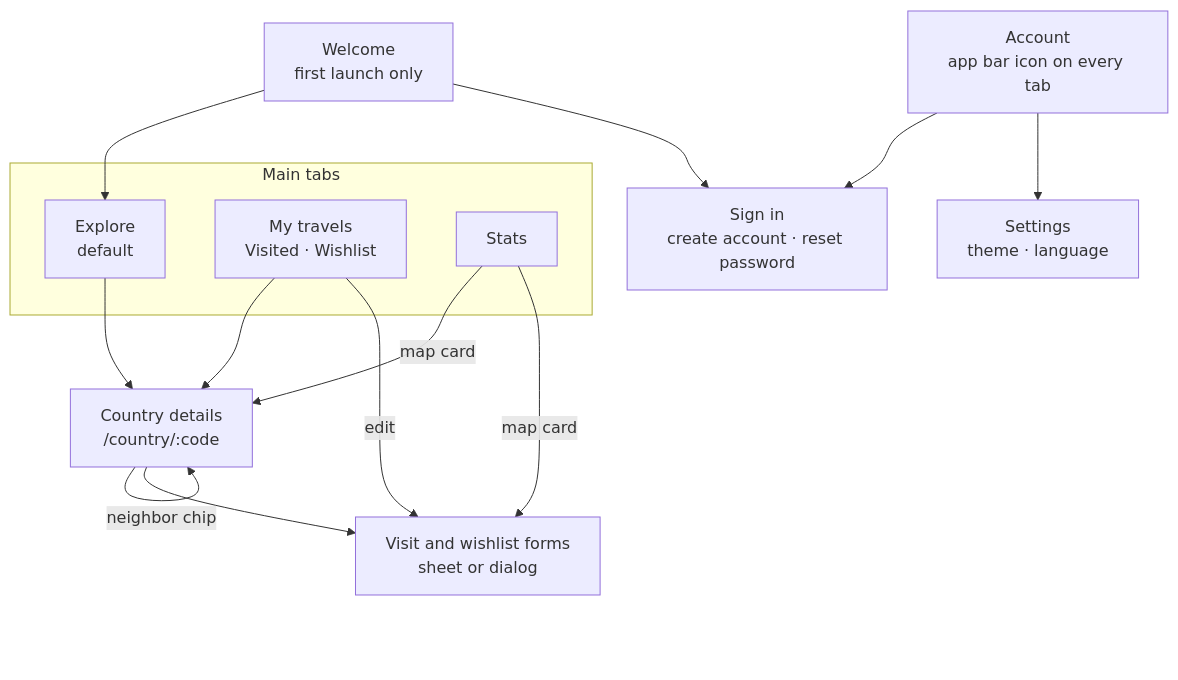
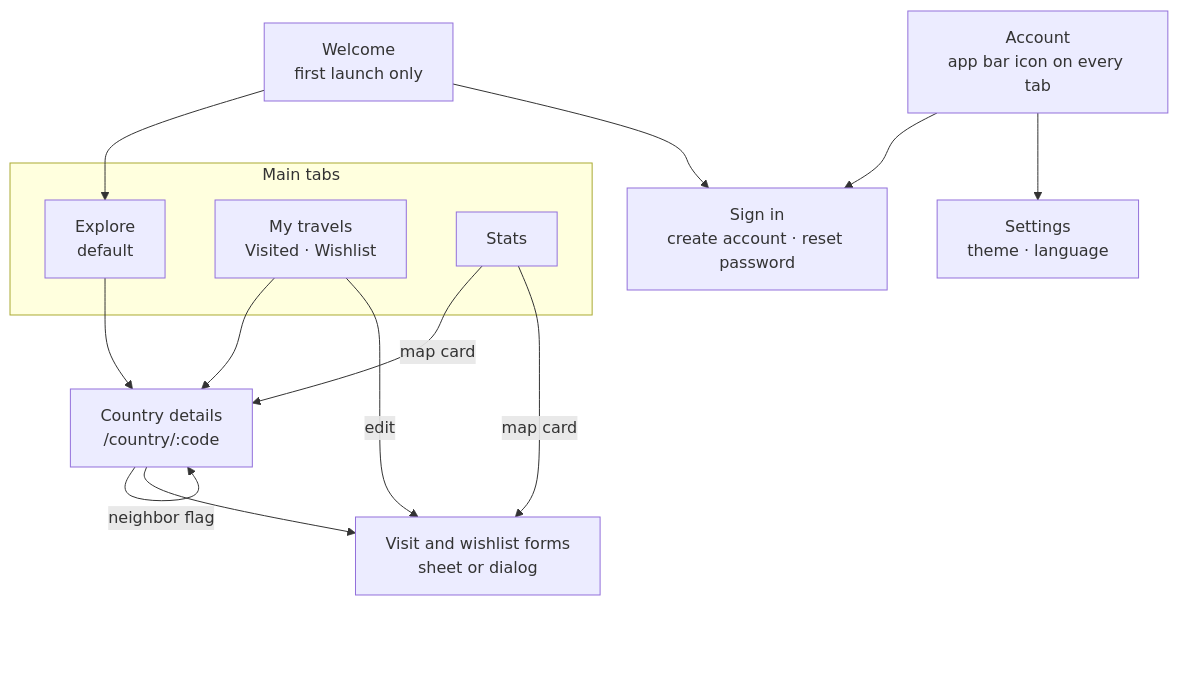
One commit to AhmadAlmudhi/Battuta changed the first of 4 diagrams in docs/Battuta_PRD.md. Above: the diagram before and after it, drawn with Mermaid. The commit also changed other lines of this file and 13 other files, not shown here.

````diff
--- a/docs/Battuta_PRD.md
+++ b/docs/Battuta_PRD.md
@@ -287,25 +288,25 @@
 ```mermaid
 flowchart TD
     Welcome["Welcome<br/>first launch only"]
     subgraph Tabs["Main tabs"]
         Explore["Explore<br/>default"]
         Travels["My travels<br/>Visited · Wishlist"]
         Stats["Stats"]
     end
     Account["Account<br/>app bar icon on every tab"]
     Details["Country details<br/>/country/:code"]
     Forms["Visit and wishlist forms<br/>sheet or dialog"]
     SignIn["Sign in<br/>create account · reset password"]
     Settings["Settings<br/>theme · language"]
     Welcome --> Explore
     Welcome --> SignIn
     Explore --> Details
     Travels --> Details
-    Details -- "neighbor chip" --> Details
+    Details -- "neighbor flag" --> Details
     Details --> Forms
     Travels -- edit --> Forms
     Stats -- "map card" --> Details
     Stats -- "map card" --> Forms
     Account --> SignIn
     Account --> Settings
 ```
````
